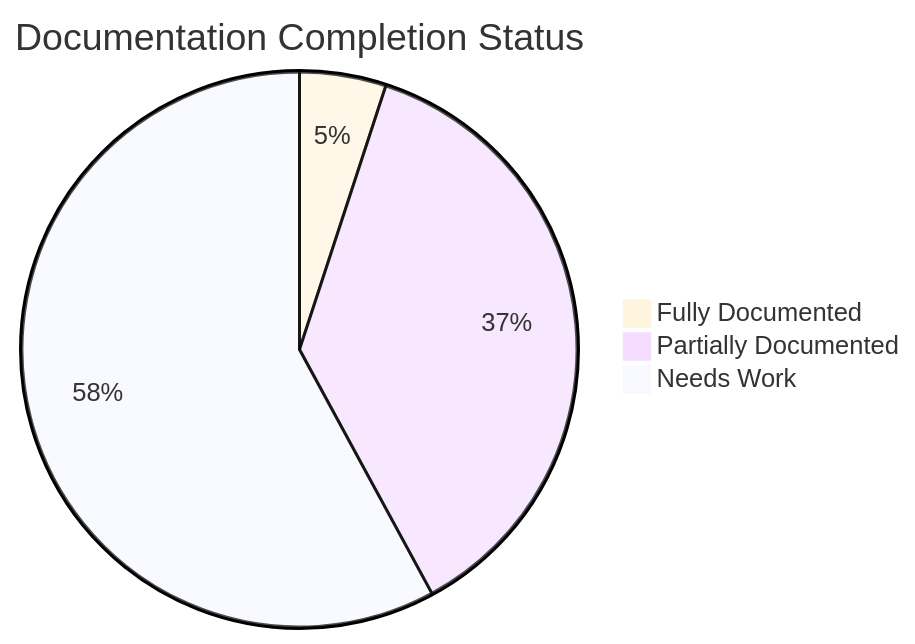
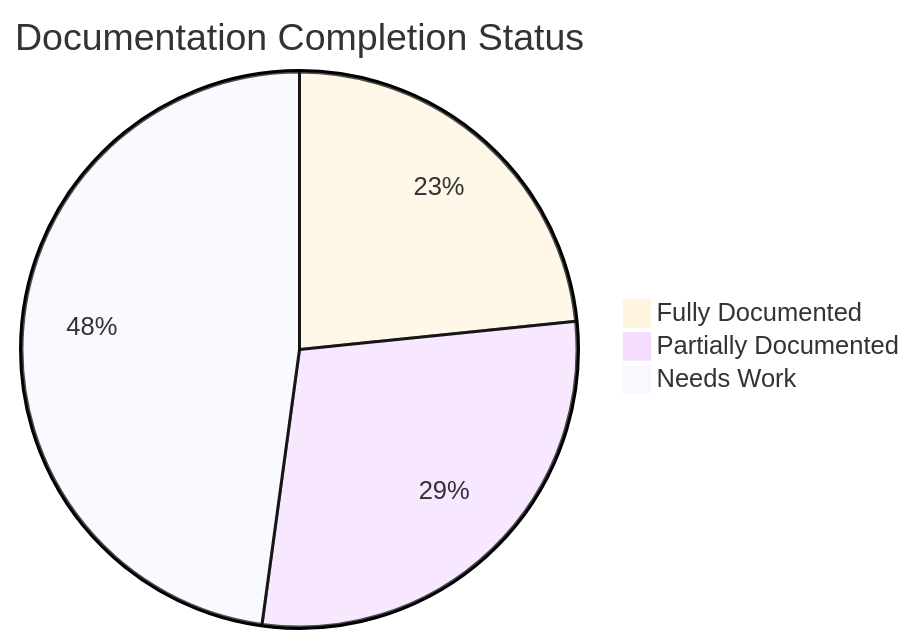
One commit to synthotec/synthotec.github.io changed the first of 4 diagrams in Documentation/SynthoTec-4D/Overview.md. Above: the diagram before and after it, drawn with Mermaid. The commit also changed other lines of this file, not shown here.

````diff
--- a/Documentation/SynthoTec-4D/Overview.md
+++ b/Documentation/SynthoTec-4D/Overview.md
@@ -18,7 +18,7 @@
 ```mermaid
 %%{init: {'theme':'base'}}%%
 pie title Documentation Completion Status
-    "Fully Documented" : 14
-    "Partially Documented" : 103
-    "Needs Work" : 161
+    "Fully Documented" : 65
+    "Partially Documented" : 80
+    "Needs Work" : 133
 ```
````
